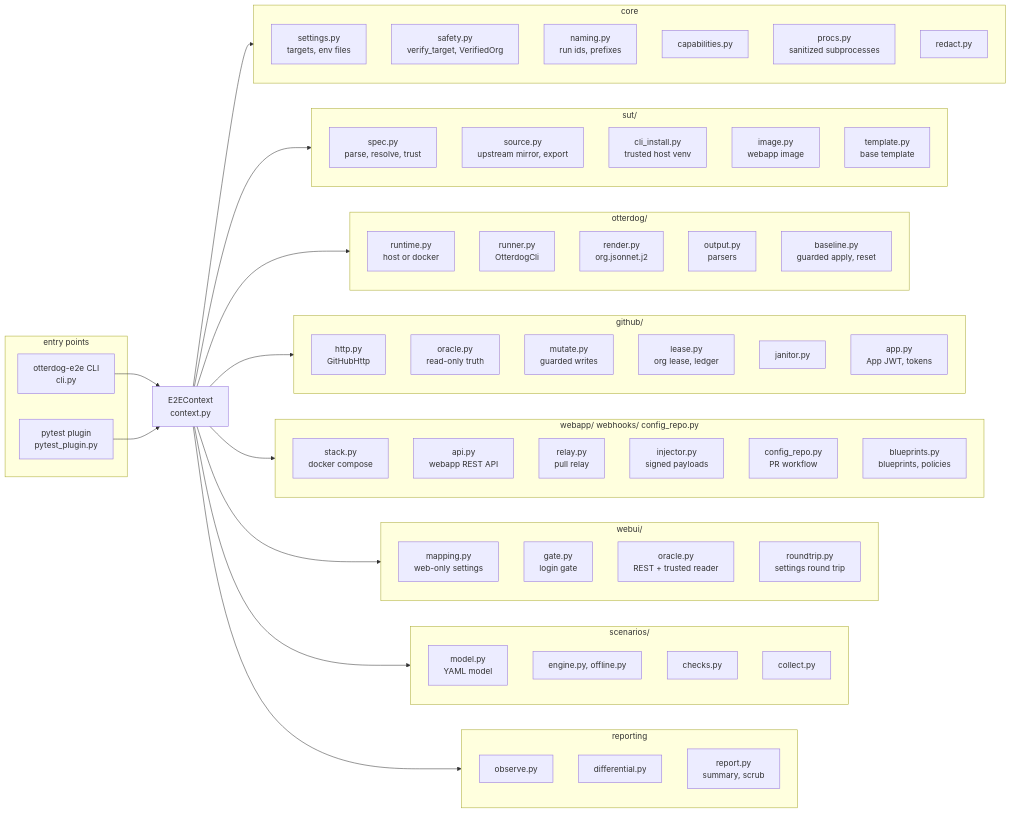
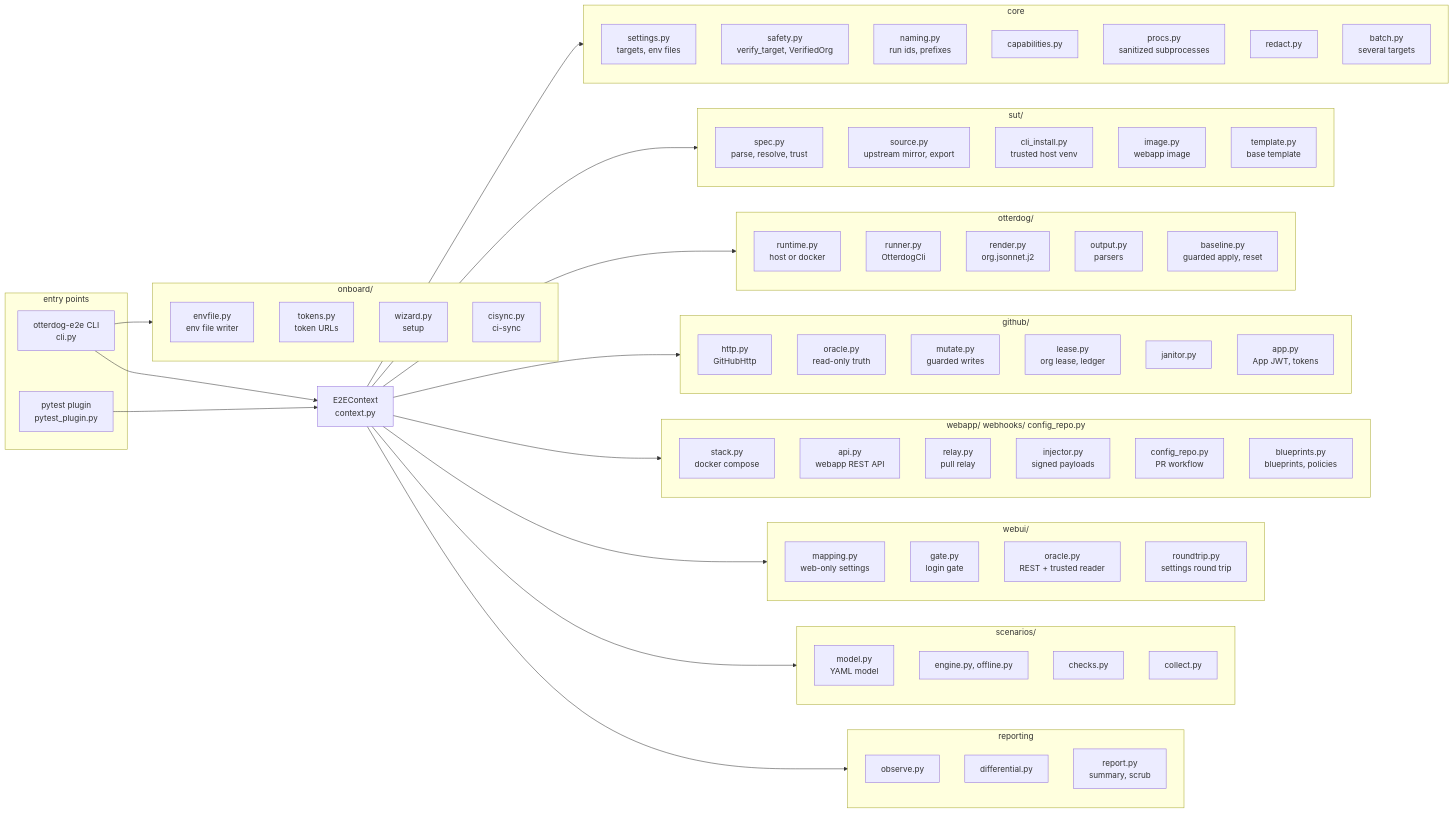
Before and after one commit to heurtematte/otterdog-e2e: the first of 5 diagrams in docs/architecture.md, drawn with Mermaid. The commit also changed other lines of this file and 58 other files, not shown here.

````diff
--- a/docs/architecture.md
+++ b/docs/architecture.md
@@ -15,67 +28,75 @@
 ```mermaid
 flowchart LR
   subgraph entry["entry points"]
     CLI["otterdog-e2e CLI<br/>cli.py"]
     PLUGIN["pytest plugin<br/>pytest_plugin.py"]
   end
   CTX["E2EContext<br/>context.py"]
   CLI --> CTX
   PLUGIN --> CTX
 
   subgraph core["core"]
     SET["settings.py<br/>targets, env files"]
     SAFE["safety.py<br/>verify_target, VerifiedOrg"]
     NAME["naming.py<br/>run ids, prefixes"]
     CAPS["capabilities.py"]
     PROCS["procs.py<br/>sanitized subprocesses"]
     RED["redact.py"]
+    BATCH["batch.py<br/>several targets"]
   end
+  subgraph onb["onboard/"]
+    ENVF["envfile.py<br/>env file writer"]
+    TOK["tokens.py<br/>token URLs"]
+    WIZ["wizard.py<br/>setup"]
+    CIS["cisync.py<br/>ci-sync"]
+  end
+  CLI --> onb
   subgraph sut["sut/"]
     SPEC["spec.py<br/>parse, resolve, trust"]
     SRC["source.py<br/>upstream mirror, export"]
     INST["cli_install.py<br/>trusted host venv"]
     IMG["image.py<br/>webapp image"]
     TPL["template.py<br/>base template"]
   end
   subgraph od["otterdog/"]
     RT["runtime.py<br/>host or docker"]
     RUN["runner.py<br/>OtterdogCli"]
     REN["render.py<br/>org.jsonnet.j2"]
     OUT["output.py<br/>parsers"]
     BASE["baseline.py<br/>guarded apply, reset"]
   end
   subgraph gh["github/"]
     HTTP["http.py<br/>GitHubHttp"]
     ORA["oracle.py<br/>read-only truth"]
     MUT["mutate.py<br/>guarded writes"]
     LEASE["lease.py<br/>org lease, ledger"]
     JAN["janitor.py"]
     APP["app.py<br/>App JWT, tokens"]
   end
   subgraph web["webapp/ webhooks/ config_repo.py"]
     STACK["stack.py<br/>docker compose"]
     API["api.py<br/>webapp REST API"]
     RELAY["relay.py<br/>pull relay"]
     INJ["injector.py<br/>signed payloads"]
     FLOW["config_repo.py<br/>PR workflow"]
     BP["blueprints.py<br/>blueprints, policies"]
   end
   subgraph wui["webui/"]
     WMAP["mapping.py<br/>web-only settings"]
     GATE["gate.py<br/>login gate"]
     WORA["oracle.py<br/>REST + trusted reader"]
     TRIP["roundtrip.py<br/>settings round trip"]
   end
   subgraph sc["scenarios/"]
     MODEL["model.py<br/>YAML model"]
     ENG["engine.py, offline.py"]
     CHK["checks.py"]
     COLL["collect.py"]
   end
   subgraph rep["reporting"]
     OBS["observe.py"]
     DIFF["differential.py"]
     REPORT["report.py<br/>summary, scrub"]
   end
   CTX --> core & sut & od & gh & web & wui & sc & rep
 ```
````
